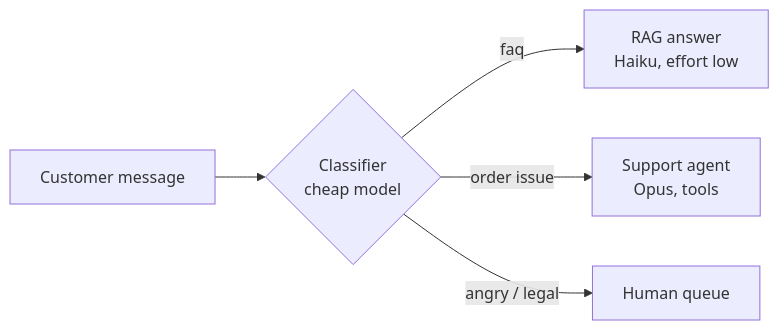
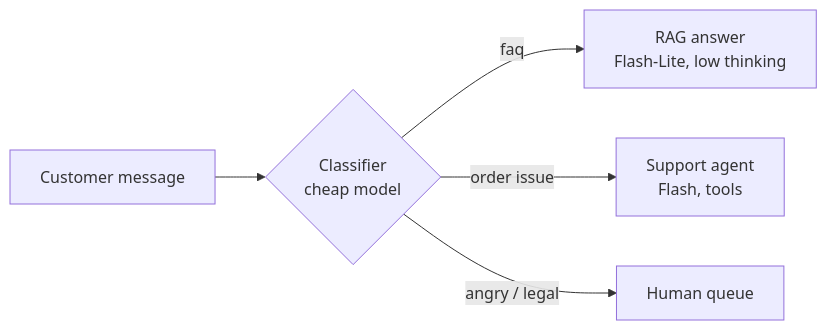
The second of 3 diagrams in week-1/theory/day-04-workflow-patterns.md (Rahulverma5/agentic-ai-course), drawn with Mermaid before and after one commit. The commit also changed other lines of this file and 48 other files, not shown here.

````diff
--- a/week-1/theory/day-04-workflow-patterns.md
+++ b/week-1/theory/day-04-workflow-patterns.md
@@ -45,7 +45,7 @@
 ```mermaid
 flowchart LR
     Q[Customer message] --> C{Classifier<br/>cheap model}
-    C -->|faq| F[RAG answer<br/>Haiku, effort low]
-    C -->|order issue| A[Support agent<br/>Opus, tools]
+    C -->|faq| F[RAG answer<br/>Flash-Lite, low thinking]
+    C -->|order issue| A[Support agent<br/>Flash, tools]
     C -->|angry / legal| H[Human queue]
 ```
````
